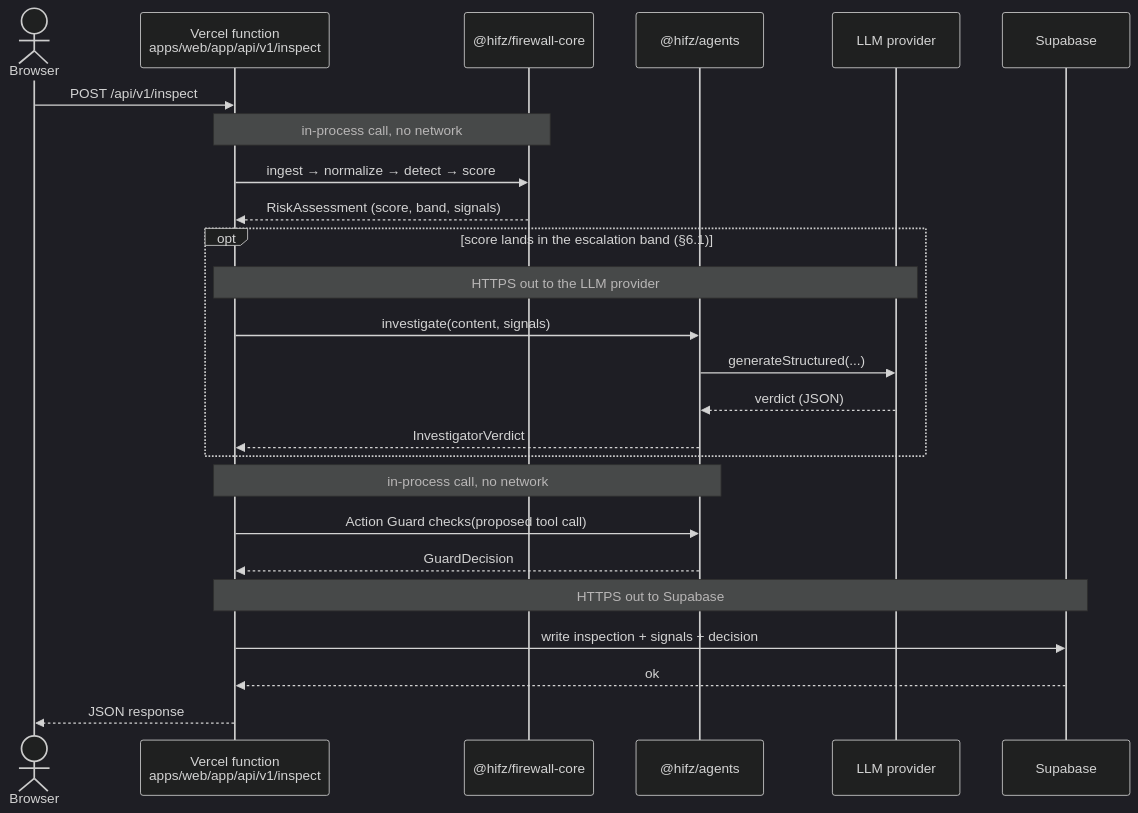
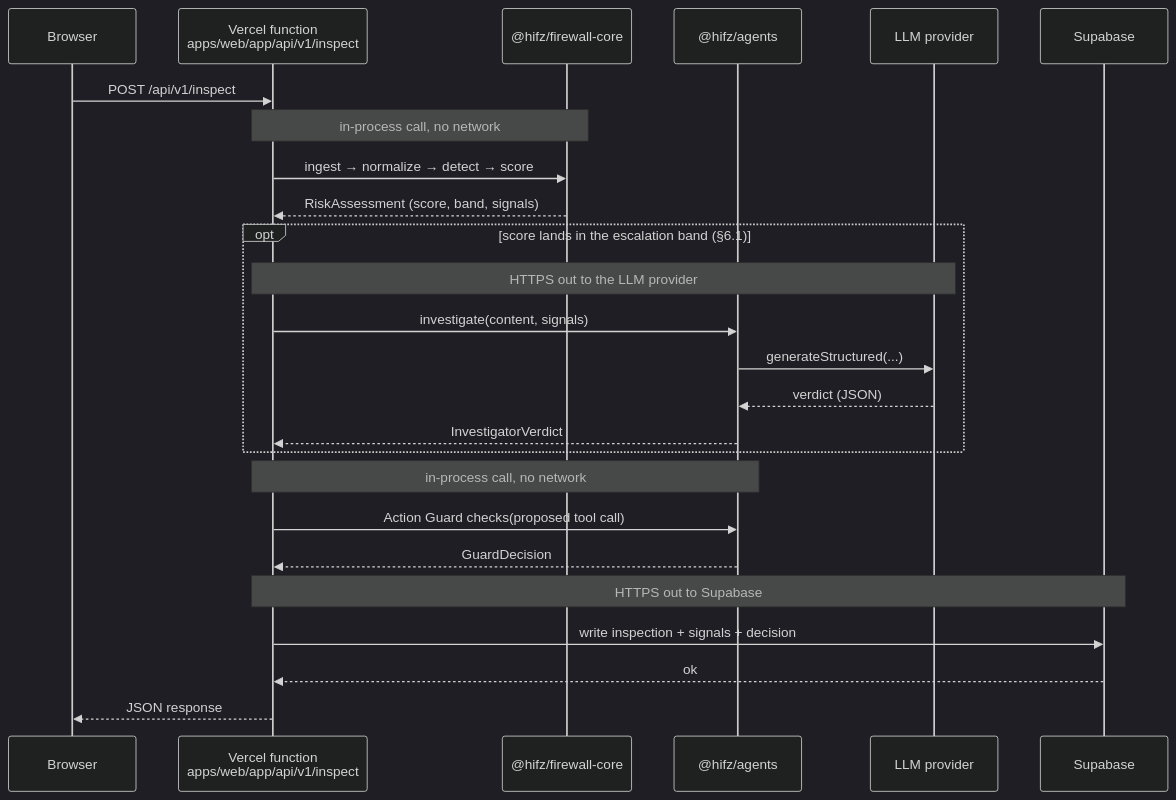
Before and after one commit to umarfarookm/hifz-ai-security-firewall: the third of 3 diagrams in docs/architecture/HLD.md, drawn with Mermaid (dark theme). The commit also changed 1 other file, not shown here.

Commit message:
Fix a real mermaid syntax error, harden diagrams for older renderers
LLD.md's §6.1 sequence diagram had a semicolon immediately followed
by a parenthetical with a comma ("...text; detectors fire (IND, CRD)")
which genuinely fails to parse — confirmed with a standalone mermaid
render, not just visually. Reworded to avoid it.

Also swapped `actor` for `participant` in both sequence diagrams
(functionally identical for our use, but `participant` has broader
support across older/bundled Mermaid versions — e.g. IntelliJ's
Markdown preview needs the Mermaid plugin and can lag behind GitHub's
renderer). Verified all 6 mermaid blocks across HLD.md and LLD.md
render cleanly with mermaid-cli after this change.

````diff
--- a/docs/architecture/HLD.md
+++ b/docs/architecture/HLD.md
@@ -166,33 +166,33 @@
 ```mermaid
 sequenceDiagram
-  actor U as Browser
+  participant U as Browser
   participant F as Vercel function<br/>apps/web/app/api/v1/inspect
   participant C as @hifz/firewall-core
   participant A as @hifz/agents
   participant L as LLM provider
   participant DB as Supabase
 
   U->>F: POST /api/v1/inspect
 
   Note over F,C: in-process call, no network
   F->>C: ingest → normalize → detect → score
   C-->>F: RiskAssessment (score, band, signals)
 
   opt score lands in the escalation band (§6.1)
     Note over F,L: HTTPS out to the LLM provider
     F->>A: investigate(content, signals)
     A->>L: generateStructured(...)
     L-->>A: verdict (JSON)
     A-->>F: InvestigatorVerdict
   end
 
   Note over F,A: in-process call, no network
   F->>A: Action Guard checks(proposed tool call)
   A-->>F: GuardDecision
 
   Note over F,DB: HTTPS out to Supabase
   F->>DB: write inspection + signals + decision
   DB-->>F: ok
 
   F-->>U: JSON response
 ```
````
